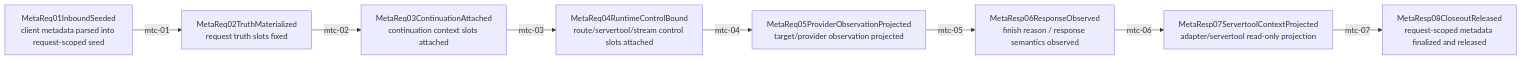
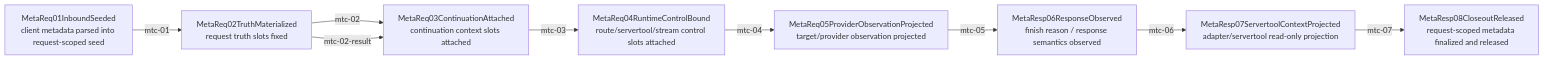
Before and after one commit to Jasonzhangf/routecodex: the diagram in docs/architecture/wiki/metadata-center-mainline-source.md, drawn with Mermaid. The commit also changed other lines of this file and 8 other files, not shown here.

Commit message:
build(architecture): lock mainline node IDs

````diff
--- a/docs/architecture/wiki/metadata-center-mainline-source.md
+++ b/docs/architecture/wiki/metadata-center-mainline-source.md
@@ -26,19 +26,20 @@
 ```mermaid
 flowchart LR
   MetaReq01InboundSeeded["MetaReq01InboundSeeded<br/>client metadata parsed into request-scoped seed"]
   MetaReq02TruthMaterialized["MetaReq02TruthMaterialized<br/>request truth slots fixed"]
   MetaReq03ContinuationAttached["MetaReq03ContinuationAttached<br/>continuation context slots attached"]
   MetaReq04RuntimeControlBound["MetaReq04RuntimeControlBound<br/>route/servertool/stream control slots attached"]
   MetaReq05ProviderObservationProjected["MetaReq05ProviderObservationProjected<br/>target/provider observation projected"]
   MetaResp06ResponseObserved["MetaResp06ResponseObserved<br/>finish reason / response semantics observed"]
   MetaResp07ServertoolContextProjected["MetaResp07ServertoolContextProjected<br/>adapter/servertool read-only projection"]
   MetaResp08CloseoutReleased["MetaResp08CloseoutReleased<br/>request-scoped metadata finalized and released"]
 
   MetaReq01InboundSeeded -->|mtc-01| MetaReq02TruthMaterialized
   MetaReq02TruthMaterialized -->|mtc-02| MetaReq03ContinuationAttached
+  MetaReq02TruthMaterialized -->|mtc-02-result| MetaReq03ContinuationAttached
   MetaReq03ContinuationAttached -->|mtc-03| MetaReq04RuntimeControlBound
   MetaReq04RuntimeControlBound -->|mtc-04| MetaReq05ProviderObservationProjected
   MetaReq05ProviderObservationProjected -->|mtc-05| MetaResp06ResponseObserved
   MetaResp06ResponseObserved -->|mtc-06| MetaResp07ServertoolContextProjected
   MetaResp07ServertoolContextProjected -->|mtc-07| MetaResp08CloseoutReleased
 ```
````
